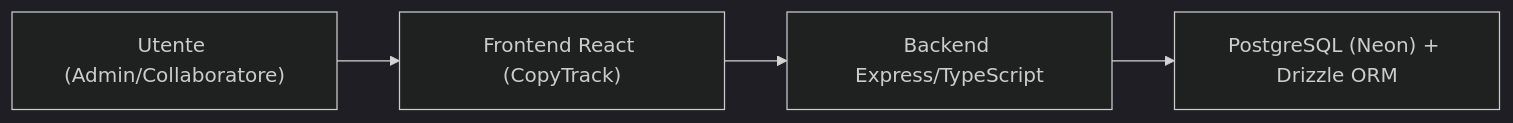
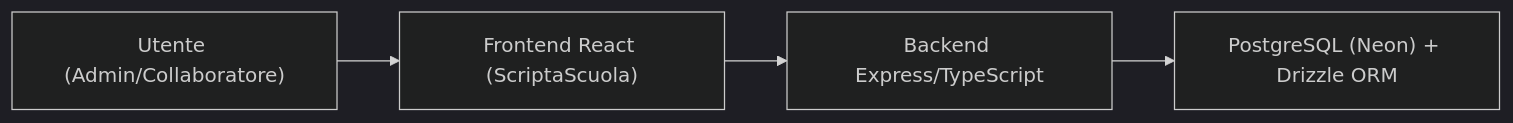
The diagram in README.md (WillyWilliam00/scriptoScuola), drawn with Mermaid (dark theme) before and after one commit. The commit also changed other lines of this file and 3 other files, not shown here.

````diff
--- a/README.md
+++ b/README.md
@@ -27,6 +27,6 @@
 ```mermaid
 flowchart LR
-  user["Utente (Admin/Collaboratore)"] --> frontend["Frontend React (CopyTrack)"]
+  user["Utente (Admin/Collaboratore)"] --> frontend["Frontend React (ScriptaScuola)"]
   frontend --> backend["Backend Express/TypeScript"]
   backend --> db["PostgreSQL (Neon) + Drizzle ORM"]
 ```
````
